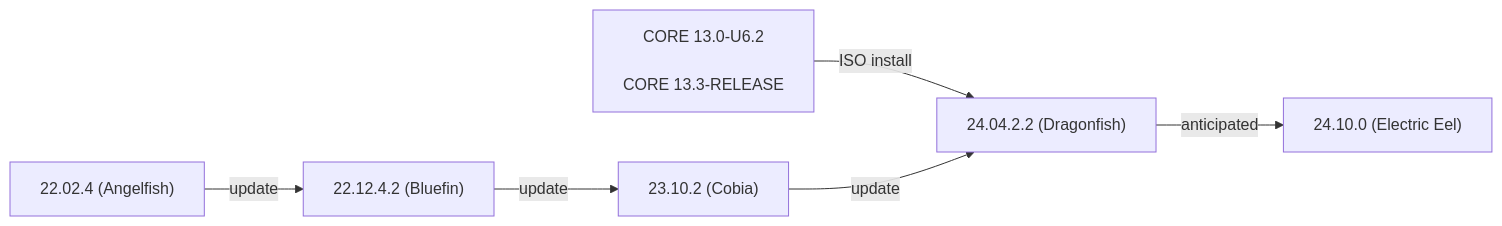
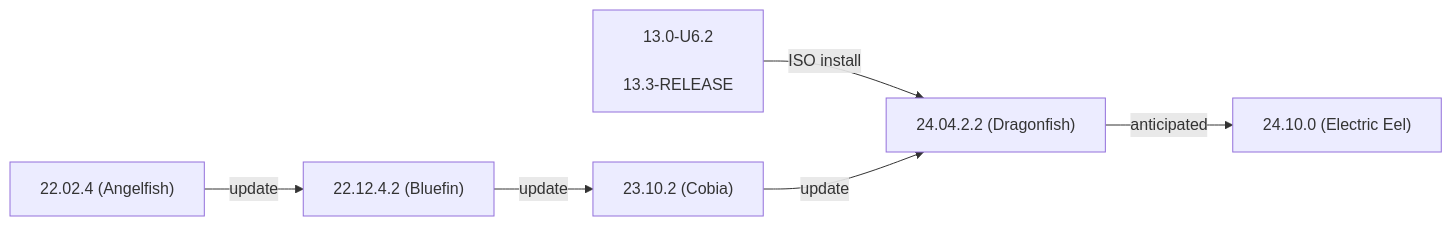
Before and after one commit to truenas/documentation: the first of 2 diagrams in static/includes/SCALEUpgradePaths.md, drawn with Mermaid. The commit also changed other lines of this file and 23 other files, not shown here.

```diff
--- a/static/includes/SCALEUpgradePaths.md
+++ b/static/includes/SCALEUpgradePaths.md
@@ -49,9 +49,9 @@
           {{< mermaid class="mermaid_sizing" >}}
           flowchart LR
             A["22.02.4 (Angelfish)"] -->|update| C
-            B["CORE 13.0-U6.2<br><br>CORE 13.3-RELEASE"] -->|ISO install| E
+            B["13.0-U6.2<br><br>13.3-RELEASE"] -->|ISO install| E
             C["22.12.4.2 (Bluefin)"] -->|update| D
             D["23.10.2 (Cobia)"] -->|update| E
             E["24.04.2.2 (Dragonfish)"] -->|anticipated| H
             H["24.10.0 (Electric Eel)"]
           {{< /mermaid >}}
```
